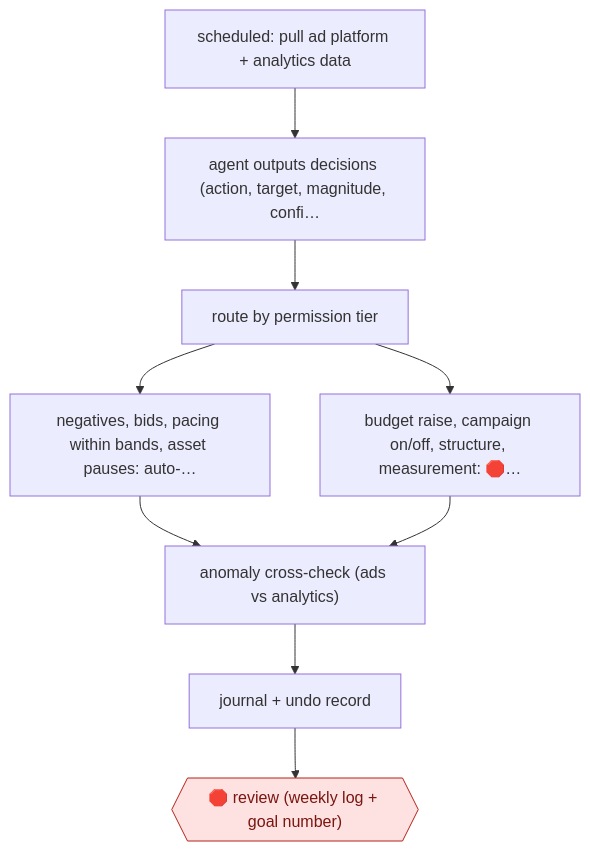
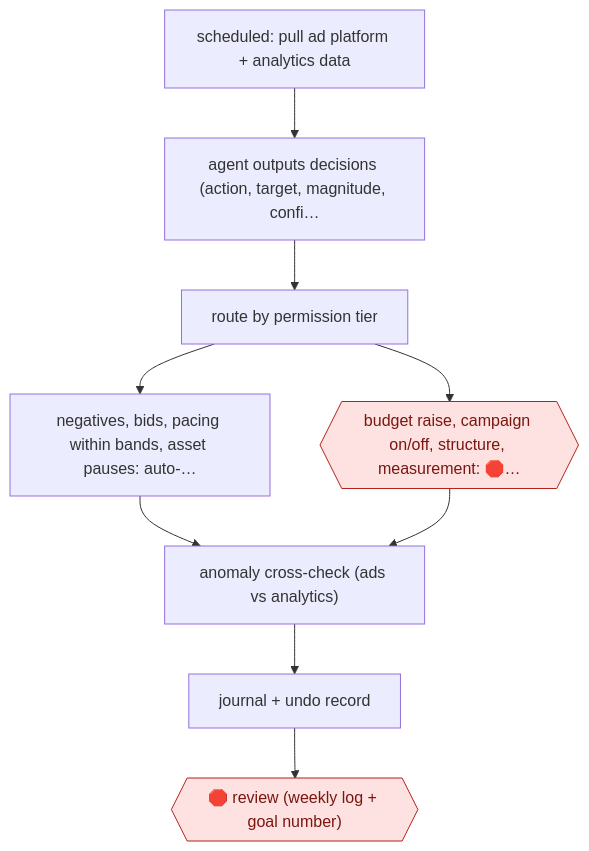
One commit to milesradford99/agent-workflow-atlas changed the diagram in workflows/COM/MKT/ADS/tiered-permission-ads-optimizer/README.md. Above: the diagram before and after it, drawn with Mermaid. The commit also changed 171 other files, not shown here.

````diff
--- a/workflows/COM/MKT/ADS/tiered-permission-ads-optimizer/README.md
+++ b/workflows/COM/MKT/ADS/tiered-permission-ads-optimizer/README.md
@@ -31,20 +31,20 @@
 ```mermaid
 flowchart TD
   n1["scheduled: pull ad platform + analytics data"]
   n2["agent outputs decisions (action, target, magnitude, confi…"]
+  n3["route by permission tier"]
+  n4["negatives, bids, pacing within bands, asset pauses: auto-…"]
+  n5{{"budget raise, campaign on/off, structure, measurement: 🛑…"}}:::stop
+  n6["anomaly cross-check (ads vs analytics)"]
+  n7["journal + undo record"]
+  n8{{"🛑 review (weekly log + goal number)"}}:::stop
   n1 --> n2
-  n3["route by permission tier"]
   n2 --> n3
-  n4["negatives, bids, pacing within bands, asset pauses: auto-…"]
   n3 --> n4
-  n5["budget raise, campaign on/off, structure, measurement: 🛑…"]
   n3 --> n5
-  n6["anomaly cross-check (ads vs analytics)"]
   n4 --> n6
   n5 --> n6
-  n7["journal + undo record"]
   n6 --> n7
-  n8{{"🛑 review (weekly log + goal number)"}}:::stop
   n7 --> n8
   classDef stop fill:#fde2e1,stroke:#b42318,color:#7a1610
 ```
````
